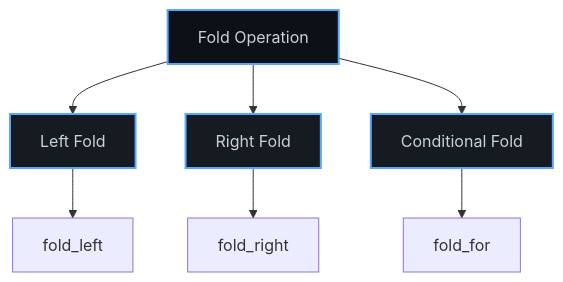
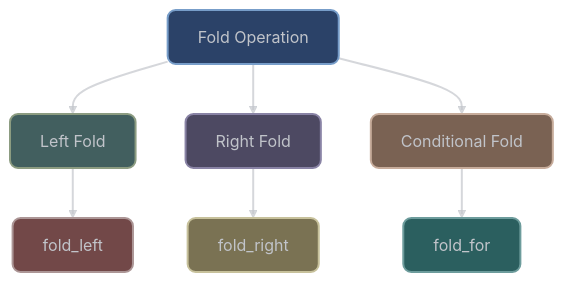
Before and after one commit to vorlac/xieite: the third of 3 diagrams in docs/src/categories/meta/README.md, drawn with Mermaid. The commit also changed other lines of this file and 44 other files, not shown here.

````diff
--- a/docs/src/categories/meta/README.md
+++ b/docs/src/categories/meta/README.md
@@ -253,17 +341,51 @@
 ```mermaid
+---
+config:
+    theme: 'base'
+    curve: 'straight'
+    themeVariables:
+        darkMode: true
+        clusterBkg: '#22272f62'
+        clusterBorder: '#6a6f77ff'
+        clusterTextColor: '#6a6f77ff'
+        lineColor: '#C1C4CAAA'
+        background: '#262B33'
+        primaryColor: '#2b4268ff'
+        primaryTextColor: '#C1C4CAff'
+        primaryBorderColor: '#6a6f77ff'
+        primaryLabelBkg: '#262B33'
+        secondaryColor: '#425f5fff'
+        secondaryBorderColor: '#8c9c81ff'
+        secondaryTextColor: '#C1C4CAff'
+        tertiaryColor: '#4d4962ff'
+        tertiaryBorderColor: '#8983a5ff'
+        tertiaryTextColor: '#eeeeee55'
+        nodeTextColor: '#C1C4CA'
+        defaultLinkColor: '#C1C4CA'
+        edgeLabelBackground: '#262B33'
+        edgeLabelBorderColor: '#C1C4CA'
+        labelTextColor: '#C1C4CA'
+        errorBkgColor: '#724848ff'
+        errorTextColor: '#C1C4CA'
+---
 graph TD
     Fold[Fold Operation]
 
     Fold --> Left[Left Fold]
     Fold --> Right[Right Fold]
     Fold --> Cond[Conditional Fold]
 
     Left --> foldl[fold_left]
     Right --> foldr[fold_right]
     Cond --> fold_for[fold_for]
 
-    style Fold fill:#0d1117,stroke:#58a6ff,stroke-width:2px,color:#c9d1d9
-    style Left fill:#161b22,stroke:#58a6ff,stroke-width:2px,color:#c9d1d9
-    style Right fill:#161b22,stroke:#58a6ff,stroke-width:2px,color:#c9d1d9
-    style Cond fill:#161b22,stroke:#58a6ff,stroke-width:2px,color:#c9d1d9
+linkStyle default stroke:#C1C4CAaa,stroke-width:2px,color:#C1C4CAaa
+
+style Fold fill:#2b4268ff,stroke:#779DC9ff,stroke-width:2px,color:#C1C4CA,rx:8,ry:8
+style Left fill:#425f5fff,stroke:#8c9c81ff,stroke-width:2px,color:#C1C4CA,rx:8,ry:8
+style Right fill:#4d4962ff,stroke:#8983a5ff,stroke-width:2px,color:#C1C4CA,rx:8,ry:8
+style Cond fill:#7a6253ff,stroke:#c7ac9bff,stroke-width:2px,color:#C1C4CA,rx:8,ry:8
+style foldl fill:#724848ff,stroke:#ac9696ff,stroke-width:2px,color:#C1C4CA,rx:8,ry:8
+style foldr fill:#7a7253ff,stroke:#c7c19bff,stroke-width:2px,color:#C1C4CA,rx:8,ry:8
+style fold_for fill:#2b5f5fff,stroke:#6d9c9cff,stroke-width:2px,color:#C1C4CA,rx:8,ry:8
 ```
````
